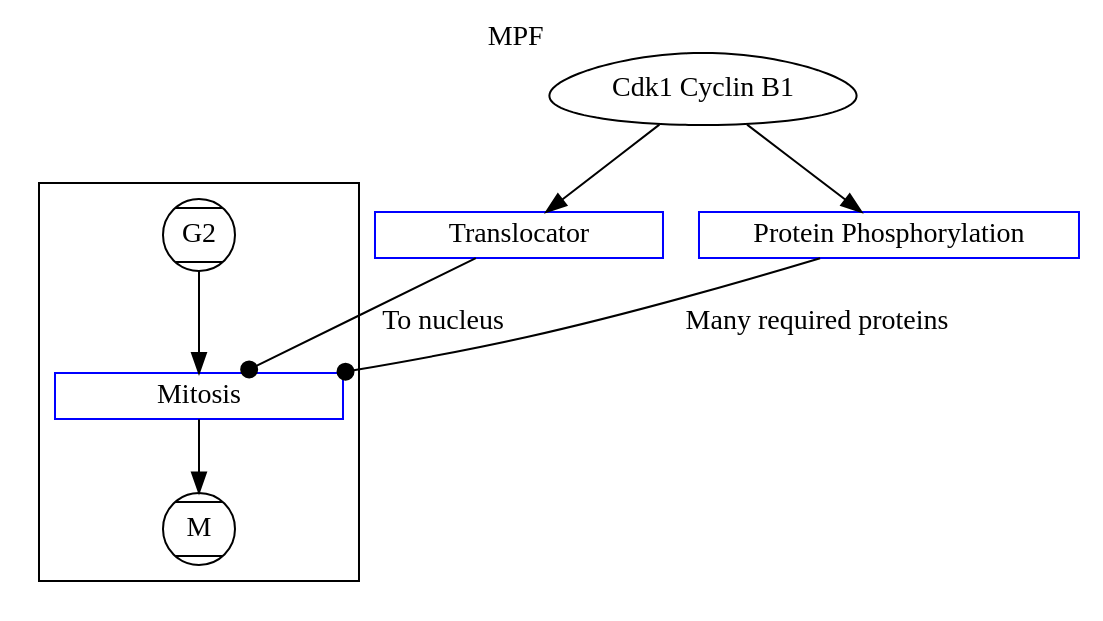
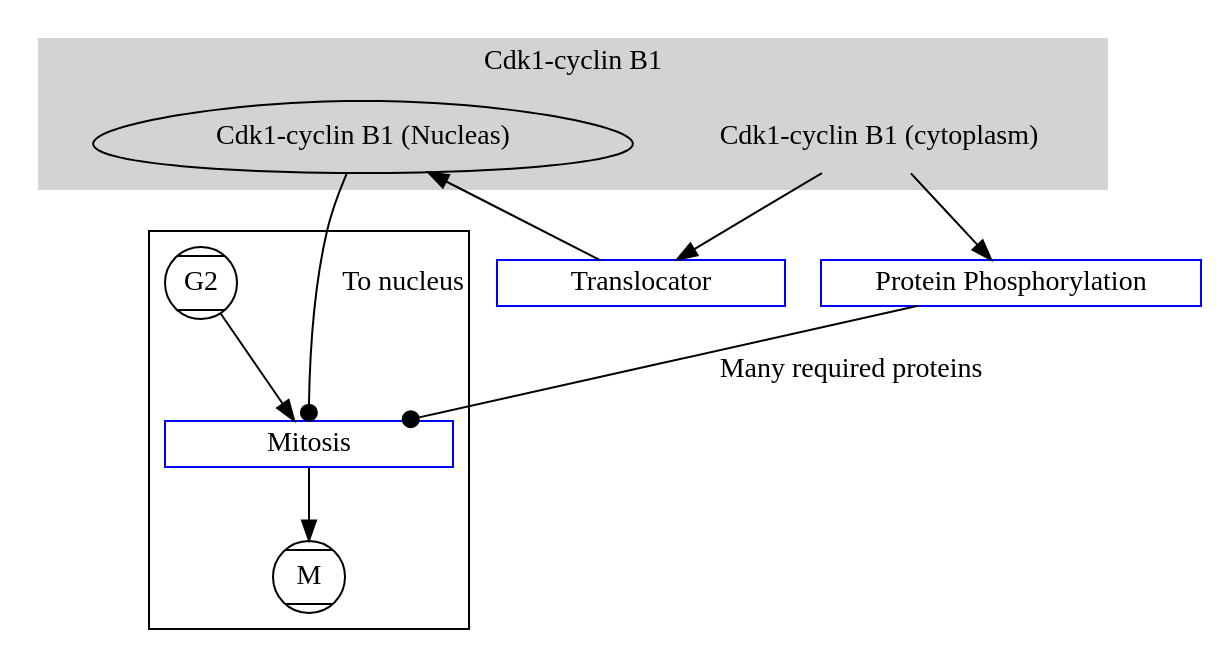
Before and after one commit to dilawar/Courses: the diagram in CellBiology_2015/Cell_Cycle_Arjun/ReviewPaper/process.dot, drawn with Graphviz.

Commit message:
Some more improvements.

```diff
--- a/CellBiology_2015/Cell_Cycle_Arjun/ReviewPaper/process.dot
+++ b/CellBiology_2015/Cell_Cycle_Arjun/ReviewPaper/process.dot
@@ -1,60 +1,69 @@
 /*
 (c) 2015, Dilawar Singh <dilawars@ncbs.res.in>
 
 This graphviz file is a attemp to visualize cell-cycle. It is inspired by
 Petri-nets representation of chemical reactions.
 
 
 */
 
 digraph myG {
 
     subgraph state {
         graph [color=gray];
         node [shape=Mcircle,fixedsize=true,width=0.5];
 
         // Cell states during cell division.
         G2;
         M;
     }
 
     subgraph molecule {
         graph [color=gray];
-        node [shape=egg,fixedsize=true,width=2];
+        node [shape=egg,fixedsize=false];
 
-        cdk1_cyclinB1;
+        cdk1_cyclinB1_nucleas;
+        cdk1_cyclinB1_cyto;
 
+        cdk1_cyclinB1; 
     }
 
     subgraph reaction {
         node [shape=rect,height=0.2,width=2,color=blue];
 
         mitosis [label="Mitosis"];
 
         translocator [label="Translocator"];
 
         protein_phospho [label="Protein Phosphorylation"];
     }
 
-    subgraph cluster_transistions {
+    subgraph cluster_cell_transitions {
 
         node[color=red];
-
         G2 -> mitosis -> M;
     }
 
+    subgraph cluster_mpf_transition {
+        style=filled;
+        color=lightgrey;
+        label="Cdk1-cyclin B1";
 
-    // Molecules here.
+        cdk1_cyclinB1_nucleas[label="Cdk1-cyclin B1 (Nucleas)"];
+        cdk1_cyclinB1_cyto[label="Cdk1-cyclin B1 (cytoplasm)",shape=none];
 
-    cdk1_cyclinB1[label="Cdk1 Cyclin B1", xlabel="MPF", type="enzyme protein complex"];
-    
+        cdk1_cyclinB1[shape=none,width=0,height=0,label=""];
+
+
+    }
 
     // process here.
 
-    cdk1_cyclinB1 -> protein_phospho;
-    cdk1_cyclinB1 -> translocator;
+    cdk1_cyclinB1_cyto -> protein_phospho;
+    cdk1_cyclinB1_cyto -> translocator;
+    translocator -> cdk1_cyclinB1_nucleas;
 
     protein_phospho -> mitosis [label="Many required proteins", arrowhead="dot"];
-    translocator -> mitosis[label="To nucleus",arrowhead="dot"];
+    cdk1_cyclinB1_nucleas -> mitosis[label="To nucleus",arrowhead="dot"];
 
 }
```
